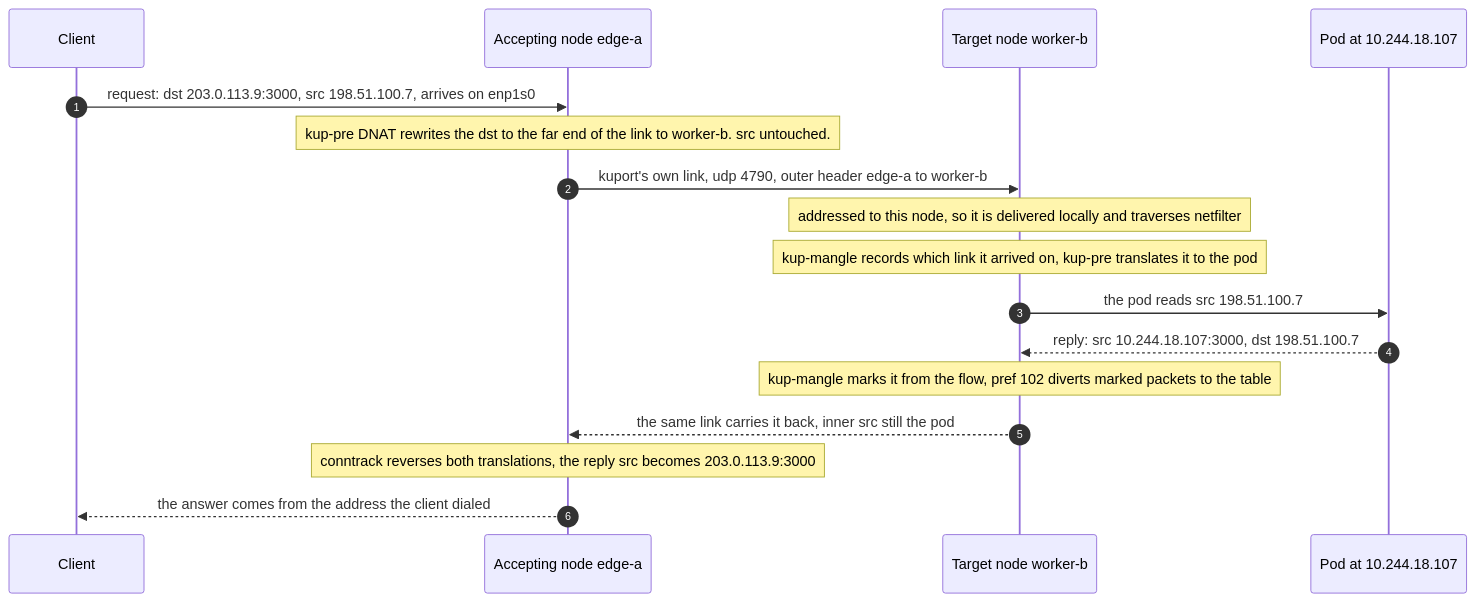
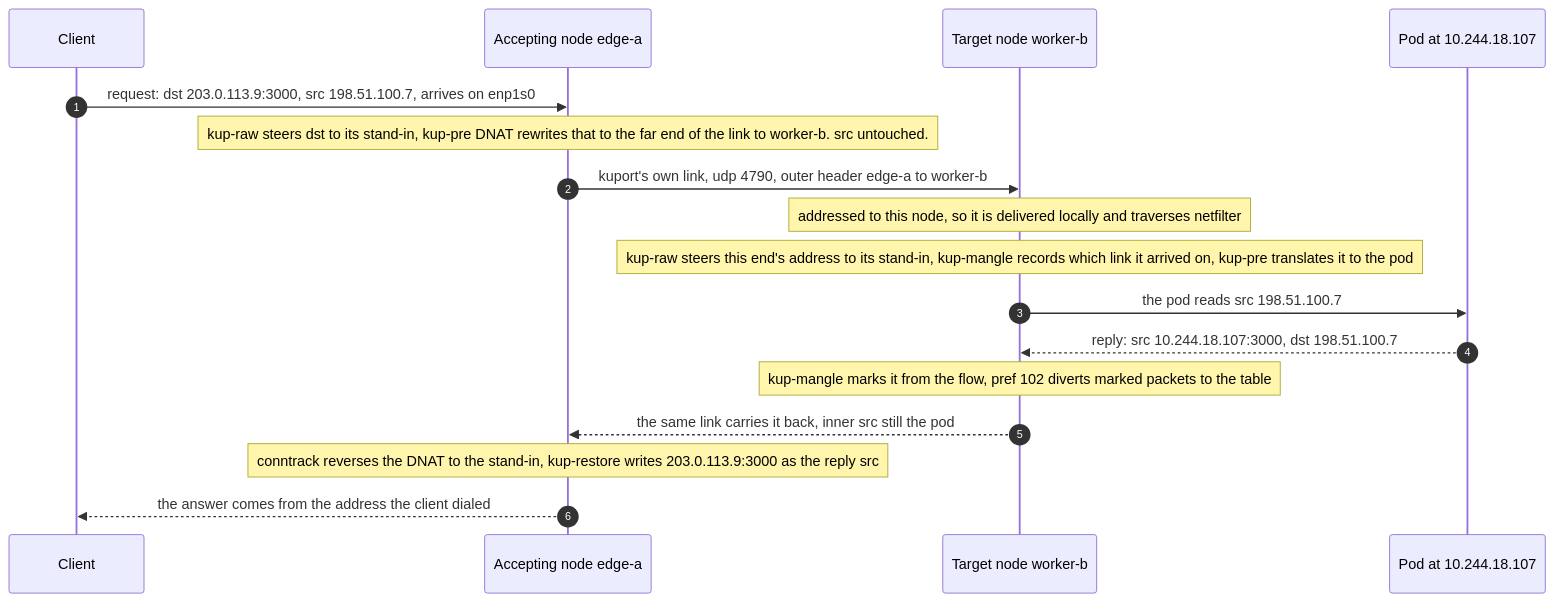
Before and after one commit to walzen-group/kuport: the second of 4 diagrams in docs/datapath.md, drawn with Mermaid. The commit also changed other lines of this file and 30 other files, not shown here.

````diff
--- a/docs/datapath.md
+++ b/docs/datapath.md
@@ -30,19 +33,19 @@
 ```mermaid
 sequenceDiagram
     autonumber
     participant C as Client
     participant E as Accepting node edge-a
     participant T as Target node worker-b
     participant P as Pod at 10.244.18.107
     C->>E: request: dst 203.0.113.9:3000, src 198.51.100.7, arrives on enp1s0
-    Note over E: kup-pre DNAT rewrites the dst to the far end of the link to worker-b. src untouched.
+    Note over E: kup-raw steers dst to its stand-in, kup-pre DNAT rewrites that to the far end of the link to worker-b. src untouched.
     E->>T: kuport's own link, udp 4790, outer header edge-a to worker-b
     Note over T: addressed to this node, so it is delivered locally and traverses netfilter
-    Note over T: kup-mangle records which link it arrived on, kup-pre translates it to the pod
+    Note over T: kup-raw steers this end's address to its stand-in, kup-mangle records which link it arrived on, kup-pre translates it to the pod
     T->>P: the pod reads src 198.51.100.7
     P-->>T: reply: src 10.244.18.107:3000, dst 198.51.100.7
     Note over T: kup-mangle marks it from the flow, pref 102 diverts marked packets to the table
     T-->>E: the same link carries it back, inner src still the pod
-    Note over E: conntrack reverses both translations, the reply src becomes 203.0.113.9:3000
+    Note over E: conntrack reverses the DNAT to the stand-in, kup-restore writes 203.0.113.9:3000 as the reply src
     E-->>C: the answer comes from the address the client dialed
 ```
````
